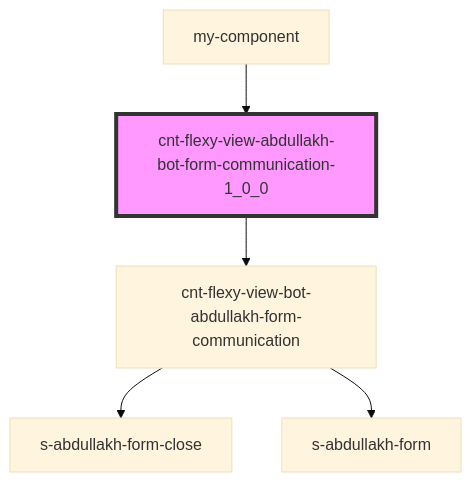
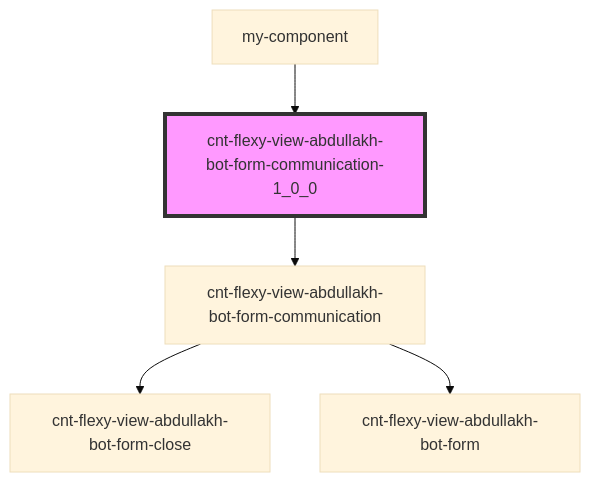
Before and after one commit to Wokh-Dada/botdevelopmentapp: the diagram in src/components/cnt-flexy-view-abdullakh-bot-form-communication-1_0_0/readme.md, drawn with Mermaid (base theme). The commit also changed other lines of this file and 101 other files, not shown here.

````diff
--- a/src/components/cnt-flexy-view-abdullakh-bot-form-communication-1_0_0/readme.md
+++ b/src/components/cnt-flexy-view-abdullakh-bot-form-communication-1_0_0/readme.md
@@ -34,8 +34,8 @@
 ```mermaid
 graph TD;
-  cnt-flexy-view-abdullakh-bot-form-communication-1_0_0 --> cnt-flexy-view-bot-abdullakh-form-communication
-  cnt-flexy-view-bot-abdullakh-form-communication --> s-abdullakh-form-close
-  cnt-flexy-view-bot-abdullakh-form-communication --> s-abdullakh-form
+  cnt-flexy-view-abdullakh-bot-form-communication-1_0_0 --> cnt-flexy-view-abdullakh-bot-form-communication
+  cnt-flexy-view-abdullakh-bot-form-communication --> cnt-flexy-view-abdullakh-bot-form-close
+  cnt-flexy-view-abdullakh-bot-form-communication --> cnt-flexy-view-abdullakh-bot-form
   my-component --> cnt-flexy-view-abdullakh-bot-form-communication-1_0_0
   style cnt-flexy-view-abdullakh-bot-form-communication-1_0_0 fill:#f9f,stroke:#333,stroke-width:4px
 ```
````
